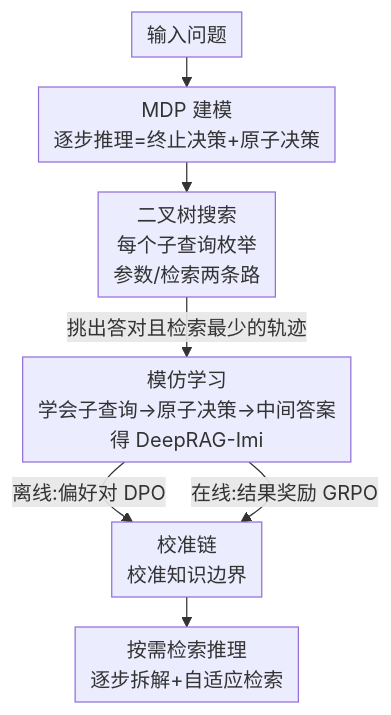
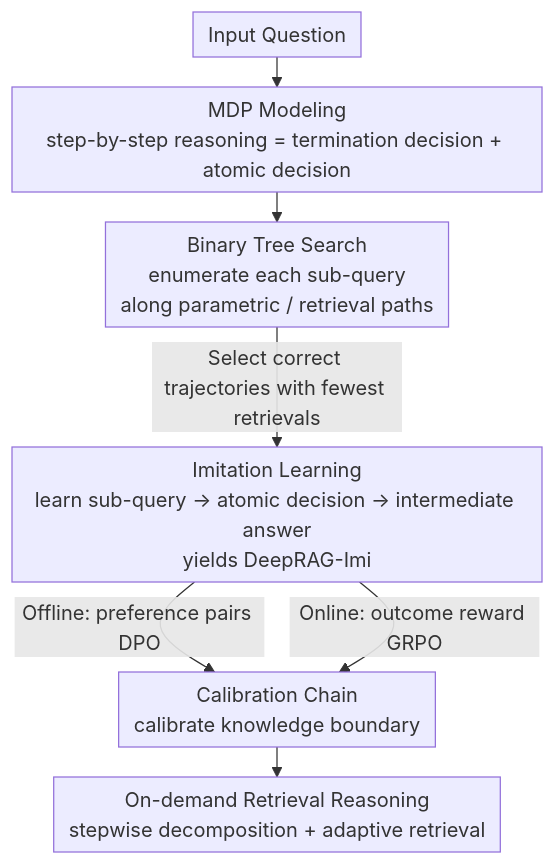
One commit to zhaoyang97/Paper-Notes-en changed the diagram in docs/ICLR2026/information_retrieval/deeprag_thinking_to_retrieve_step_by_step_for_large_language_models.md. Above: the diagram before and after it, drawn with Mermaid. The commit also changed 644 other files, not shown here.

````diff
--- a/docs/ICLR2026/information_retrieval/deeprag_thinking_to_retrieve_step_by_step_for_large_language_models.md
+++ b/docs/ICLR2026/information_retrieval/deeprag_thinking_to_retrieve_step_by_step_for_large_language_models.md
@@ -49,10 +49,10 @@
 ```mermaid
 %%{init: {'flowchart': {'rankSpacing': 24, 'nodeSpacing': 28, 'padding': 6, 'wrappingWidth': 400}}}%%
 flowchart TD
-    A["输入问题"] --> B["MDP 建模<br/>逐步推理=终止决策+原子决策"]
-    B --> C["二叉树搜索<br/>每个子查询枚举<br/>参数/检索两条路"]
-    C -->|挑出答对且检索最少的轨迹| D["模仿学习<br/>学会子查询→原子决策→中间答案<br/>得 DeepRAG-Imi"]
-    D -->|离线:偏好对 DPO| E["校准链<br/>校准知识边界"]
-    D -->|在线:结果奖励 GRPO| E
-    E --> F["按需检索推理<br/>逐步拆解+自适应检索"]
+    A["Input Question"] --> B["MDP Modeling<br/>step-by-step reasoning = termination decision + atomic decision"]
+    B --> C["Binary Tree Search<br/>enumerate each sub-query<br/>along parametric / retrieval paths"]
+    C -->|Select correct trajectories with fewest retrievals| D["Imitation Learning<br/>learn sub-query → atomic decision → intermediate answer<br/>yields DeepRAG-Imi"]
+    D -->|Offline: preference pairs DPO| E["Calibration Chain<br/>calibrate knowledge boundary"]
+    D -->|Online: outcome reward GRPO| E
+    E --> F["On-demand Retrieval Reasoning<br/>stepwise decomposition + adaptive retrieval"]
 ```
````
